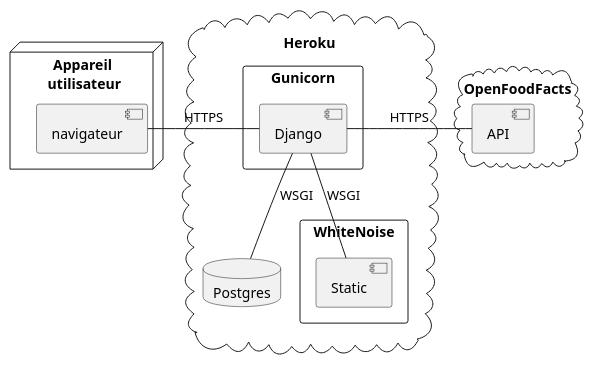
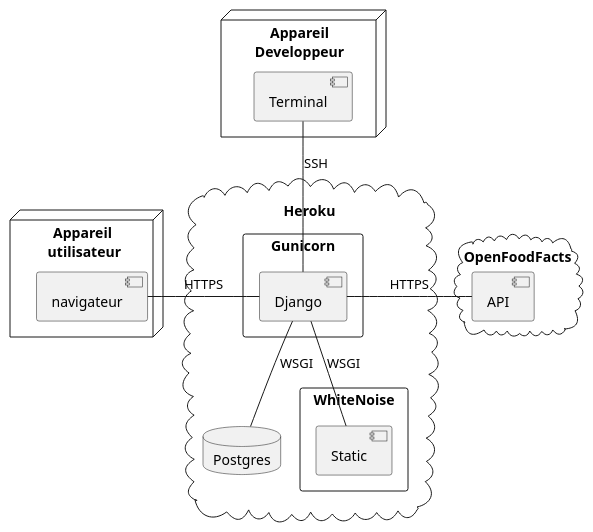
Before and after one commit to Zepmanbc/oc_dapython_pr8: the diagram in doc/uml/04_deployment.puml, drawn with PlantUML. The commit also changed 33 other files, not shown here.

```diff
--- a/doc/uml/04_deployment.puml
+++ b/doc/uml/04_deployment.puml
@@ -1,27 +1,33 @@
 @startuml 04_deployment
 
 node "Appareil\n utilisateur"{
     component navigateur
+}
+
+node "Appareil\nDeveloppeur"{
+    component Terminal
 }
 
 cloud Heroku{
     ' left to right direction
     database Postgres
     rectangle Gunicorn{
         component Django
     }
     rectangle WhiteNoise{
         component Static
     }
 }
+
 Django -- Postgres : WSGI
 Django -- Static : WSGI
 
 cloud OpenFoodFacts{
     component API
 }
 
 navigateur - Django : "HTTPS"
+Terminal -- Django : "SSH"
 Django - API : "HTTPS"
 
 @enduml
```
